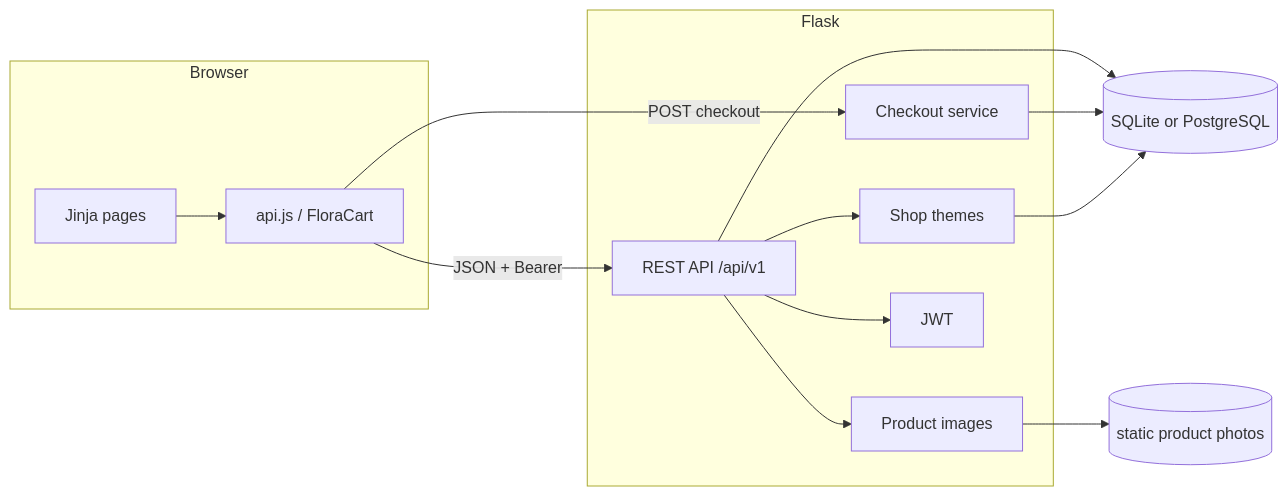
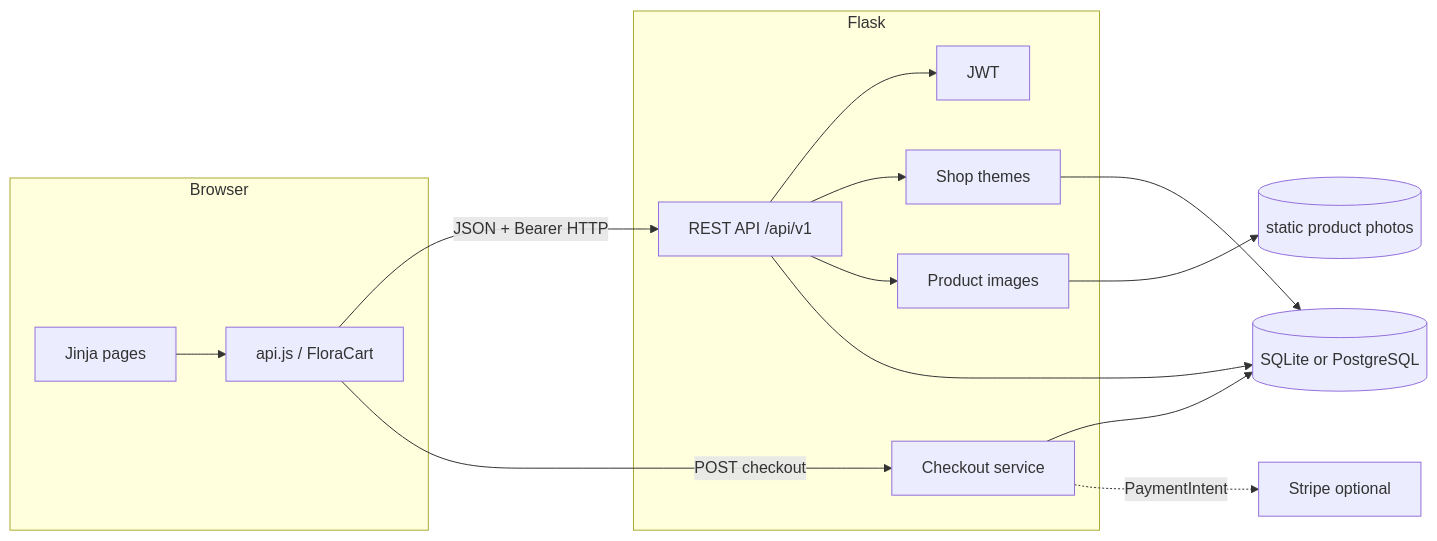
The first of 3 diagrams in README.md (Issercio/Demo-day), drawn with Mermaid before and after one commit. The commit also changed other lines of this file and 3 other files, not shown here.

````diff
--- a/README.md
+++ b/README.md
@@ -157,26 +180,28 @@
 ```mermaid
 flowchart LR
   subgraph Browser
     Pages[Jinja pages]
     JS[api.js / FloraCart]
   end
   subgraph Flask
     Restx["REST API /api/v1"]
     Pay[Checkout service]
     Themes[Shop themes]
     Photos[Product images]
     Auth[JWT]
   end
   DB[(SQLite or PostgreSQL)]
   Disk[(static product photos)]
+  Stripe[Stripe optional]
   Pages --> JS
-  JS -->|JSON + Bearer| Restx
+  JS -->|JSON + Bearer HTTP| Restx
   JS -->|POST checkout| Pay
   Restx --> Auth
   Restx --> Themes
   Restx --> Photos
   Restx --> DB
   Pay --> DB
+  Pay -.->|PaymentIntent| Stripe
   Themes --> DB
   Photos --> Disk
 ```
````
